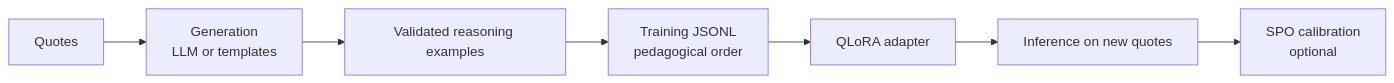
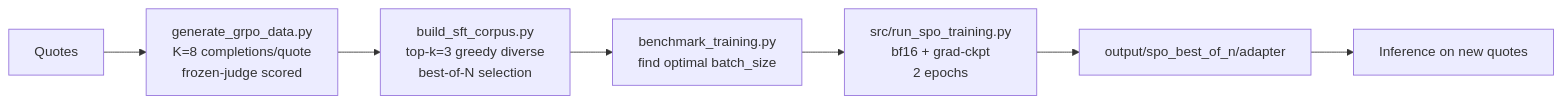
One commit to thistleknot/spo-reasoning-training-regimen changed the diagram in README.md. Above: the diagram before and after it, drawn with Mermaid. The commit also changed other lines of this file and 29 other files, not shown here.

````diff
--- a/README.md
+++ b/README.md
@@ -18,9 +18,9 @@
 ```mermaid
 flowchart LR
-    A[Quotes] --> B[Generation<br/>LLM or templates]
-    B --> C[Validated reasoning examples]
-    C --> D[Training JSONL<br/>pedagogical order]
-    D --> E[QLoRA adapter]
-    E --> F[Inference on new quotes]
-    F --> G[SPO calibration<br/>optional]
+    A[Quotes] --> B[generate_grpo_data.py\nK=8 completions/quote\nfrozen-judge scored]
+    B --> C[build_sft_corpus.py\ntop-k=3 greedy diverse\nbest-of-N selection]
+    C --> D[benchmark_training.py\nfind optimal batch_size]
+    D --> E[src/run_spo_training.py\nbf16 + grad-ckpt\n2 epochs]
+    E --> F[output/spo_best_of_n/adapter]
+    F --> G[Inference on new quotes]
 ```
````
